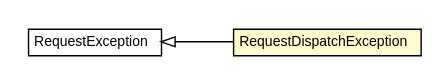
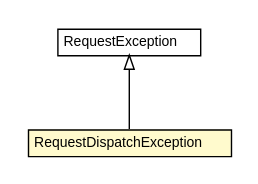
One commit to reinert/requestor changed the diagram in 0.3.0-SNAPSHOT/javadoc/apidocs/io/reinert/requestor/RequestDispatchException.dot. Above: the diagram before and after it, drawn with Graphviz. The commit also changed 1943 other files, not shown here.

```diff
--- a/0.3.0-SNAPSHOT/javadoc/apidocs/io/reinert/requestor/RequestDispatchException.dot
+++ b/0.3.0-SNAPSHOT/javadoc/apidocs/io/reinert/requestor/RequestDispatchException.dot
@@ -1,27 +1,26 @@
 #!/usr/local/bin/dot
 #
 # Class diagram 
 # Generated by UMLGraph version R5_6-24-gf6e263 (http://www.umlgraph.org/)
 #
 
 digraph G {
-	edge [fontname="arial",fontsize=10,labelfontname="arial",labelfontsize=10];
-	node [fontname="arial",fontsize=10,shape=plaintext];
+	edge [fontname="Helvetica",fontsize=10,labelfontname="Helvetica",labelfontsize=10];
+	node [fontname="Helvetica",fontsize=10,shape=plaintext];
 	nodesep=0.25;
 	ranksep=0.5;
-	rankdir=LR;
 	// io.reinert.requestor.RequestException
-	c10643 [label=<<table title="io.reinert.requestor.RequestException" border="0" cellborder="1" cellspacing="0" cellpadding="2" port="p" href="./RequestException.html">
+	c24259 [label=<<table title="io.reinert.requestor.RequestException" border="0" cellborder="1" cellspacing="0" cellpadding="2" port="p" href="./RequestException.html">
 		<tr><td><table border="0" cellspacing="0" cellpadding="1">
 <tr><td align="center" balign="center"> RequestException </td></tr>
 		</table></td></tr>
-		</table>>, URL="./RequestException.html", fontname="arial", fontcolor="black", fontsize=10.0];
+		</table>>, URL="./RequestException.html", fontname="Helvetica", fontcolor="black", fontsize=10.0];
 	// io.reinert.requestor.RequestDispatchException
-	c10644 [label=<<table title="io.reinert.requestor.RequestDispatchException" border="0" cellborder="1" cellspacing="0" cellpadding="2" port="p" bgcolor="lemonChiffon" href="./RequestDispatchException.html">
+	c24272 [label=<<table title="io.reinert.requestor.RequestDispatchException" border="0" cellborder="1" cellspacing="0" cellpadding="2" port="p" bgcolor="lemonChiffon" href="./RequestDispatchException.html">
 		<tr><td><table border="0" cellspacing="0" cellpadding="1">
 <tr><td align="center" balign="center"> RequestDispatchException </td></tr>
 		</table></td></tr>
-		</table>>, URL="./RequestDispatchException.html", fontname="arial", fontcolor="black", fontsize=10.0];
+		</table>>, URL="./RequestDispatchException.html", fontname="Helvetica", fontcolor="black", fontsize=10.0];
 	//io.reinert.requestor.RequestDispatchException extends io.reinert.requestor.RequestException
-	c10643:p -> c10644:p [dir=back,arrowtail=empty];
+	c24259:p -> c24272:p [dir=back,arrowtail=empty];
 }
```
